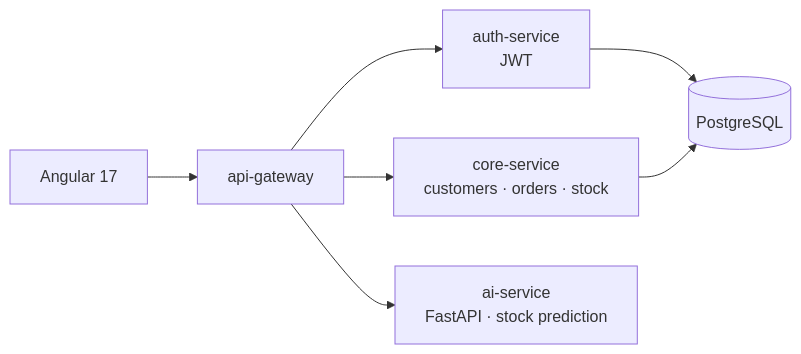
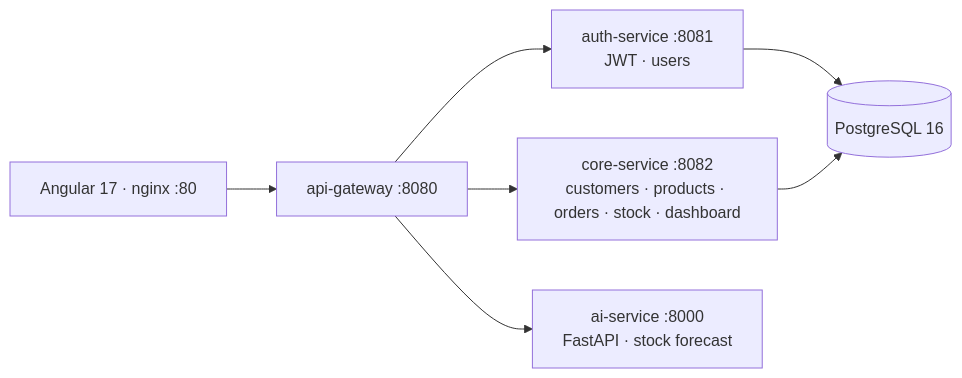
One commit to MohamedTrikii/Plateforme_ERP_CRM_decisionnelle_IA changed the diagram in README.md. Above: the diagram before and after it, drawn with Mermaid. The commit also changed other lines of this file and 3 other files, not shown here.

````diff
--- a/README.md
+++ b/README.md
@@ -17,8 +29,8 @@
 ```mermaid
 flowchart LR
-    UI[Angular 17] --> GW[api-gateway]
-    GW --> AUTH[auth-service<br/>JWT]
-    GW --> CORE[core-service<br/>customers · orders · stock]
-    GW --> AI[ai-service<br/>FastAPI · stock prediction]
-    AUTH & CORE --> DB[(PostgreSQL)]
+    UI[Angular 17 · nginx :80] --> GW[api-gateway :8080]
+    GW --> AUTH[auth-service :8081<br/>JWT · users]
+    GW --> CORE[core-service :8082<br/>customers · products · orders · stock · dashboard]
+    GW --> AI[ai-service :8000<br/>FastAPI · stock forecast]
+    AUTH & CORE --> DB[(PostgreSQL 16)]
 ```
````
